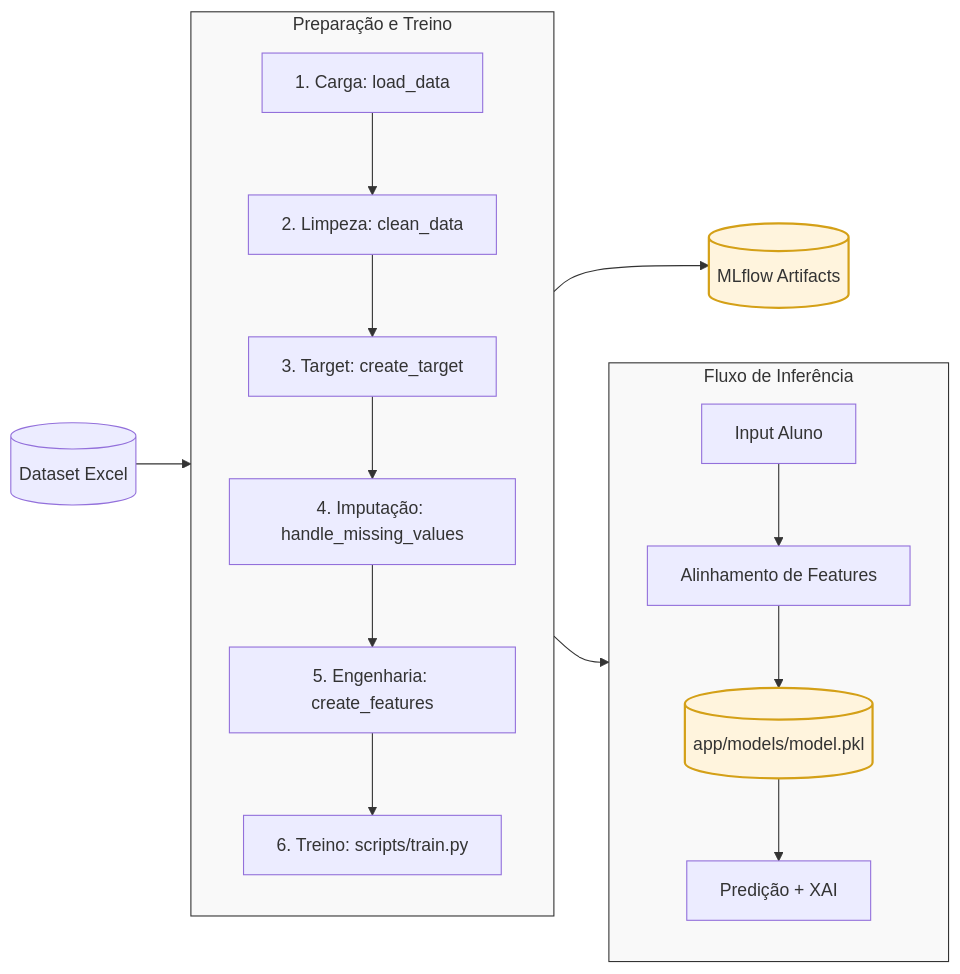
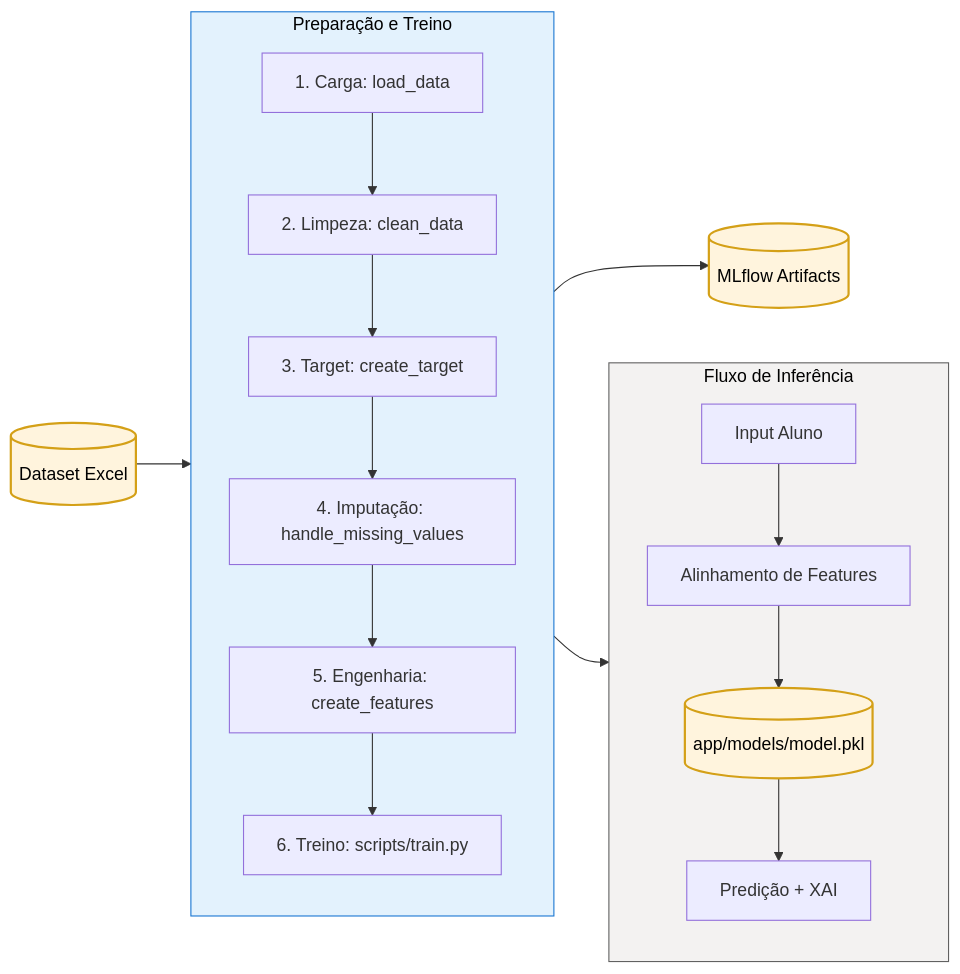
Before and after one commit to Fiap-Pos-tech-5MLET/fase-5: the second of 4 diagrams in README.md, drawn with Mermaid. The commit also changed other lines of this file, not shown here.

````diff
--- a/README.md
+++ b/README.md
@@ -168,34 +168,36 @@
 ```mermaid
 flowchart LR
     %% Fontes de Dados
     Data[(Dataset Excel)] --> Load[1. Carga: load_data]
     
     %% Etapas de Processamento (Conforme src/)
     subgraph Prep [Preparação e Treino]
         direction TB
         Load --> Clean[2. Limpeza: clean_data]
         Clean --> Target[3. Target: create_target]
         Target --> Missing[4. Imputação: handle_missing_values]
         Missing --> Feature[5. Engenharia: create_features]
         Feature --> Train[6. Treino: scripts/train.py]
     end
 
     %% Artefatos
     Train --> Champion[(app/models/model.pkl)]
     Train --> MLflow[(MLflow Artifacts)]
 
     %% Ciclo de Predição (Conforme predict_route.py)
     subgraph Predict [Fluxo de Inferência]
         direction TB
         Input[Input Aluno] --> Align[Alinhamento de Features]
         Align --> Champion
         Champion --> Result[Predição + XAI]
     end
 
     %% Estilização
-    classDef steps fill:#f9f9f9,stroke:#333,stroke-width:1px;
-    classDef model fill:#fff4dd,stroke:#d4a017,stroke-width:2px;
-    
-    class Prep,Predict steps;
-    class Champion,MLflow model;
+    classDef step_first fill:#e3f2fd,stroke:#1976d2,stroke-width:1px,color:#000;
+    classDef step_second fill:#f3f2f1,stroke:#616161,stroke-width:1px,color:#000;
+    classDef dbs fill:#fff4dd,stroke:#d4a017,stroke-width:2px,color:#000;
+
+    class Prep step_first;
+    class Predict step_second;
+    class Data,Champion,MLflow dbs;
 ```
````
